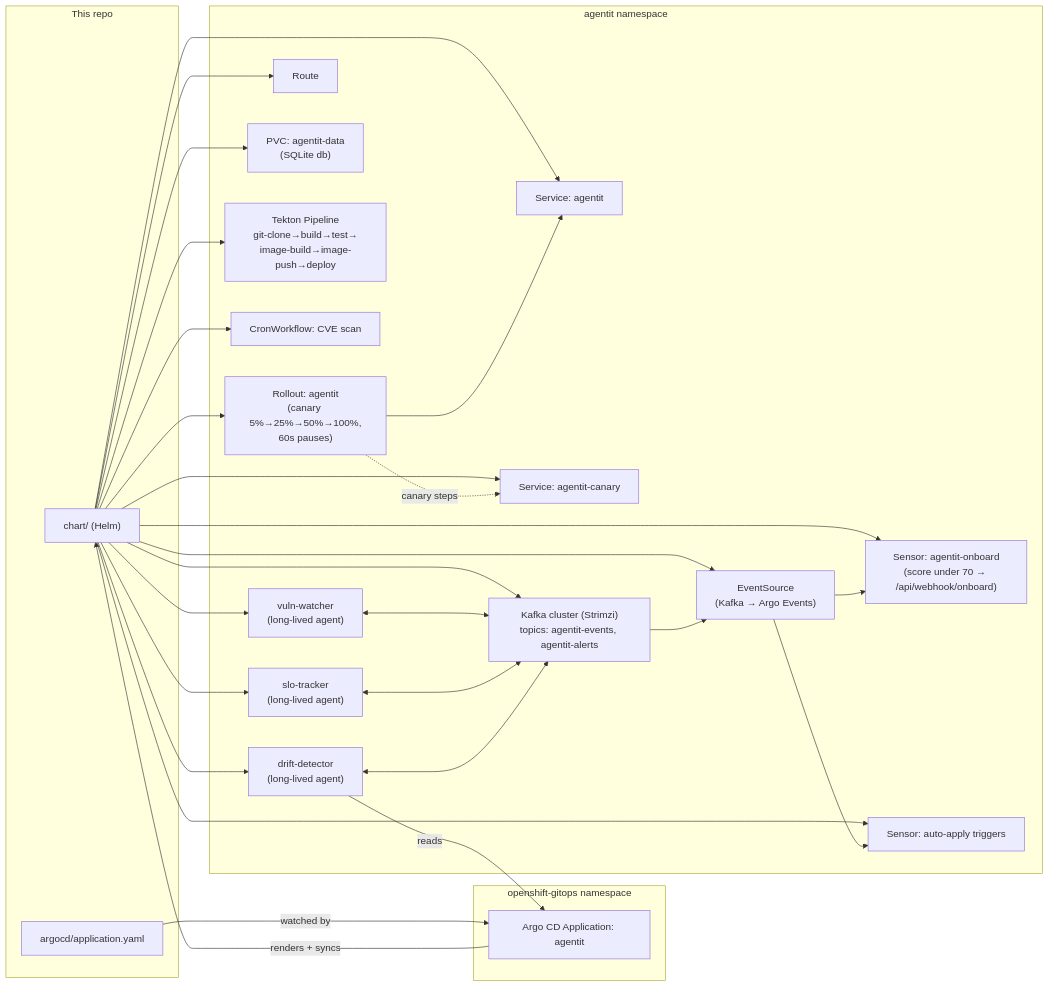
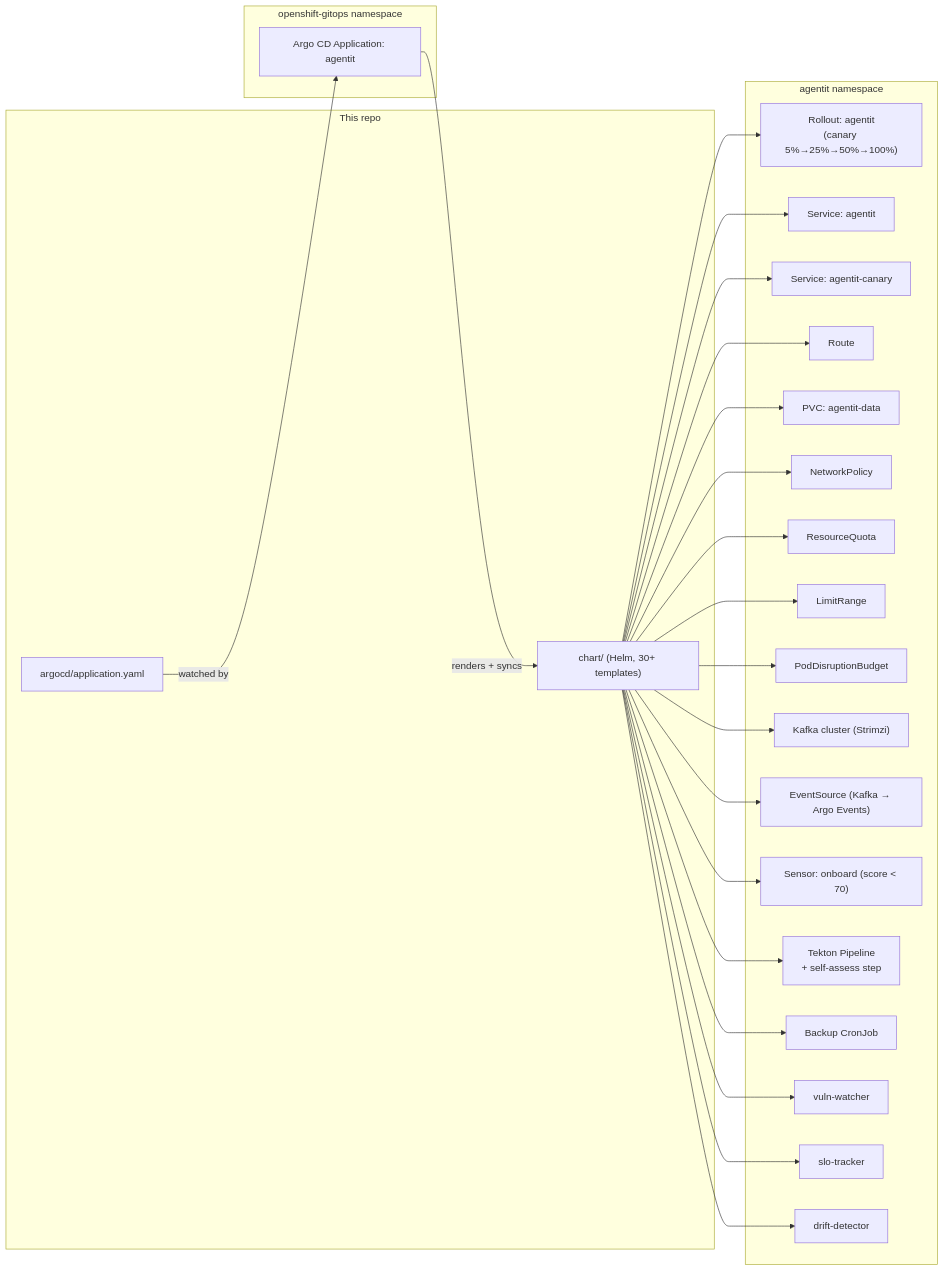
One commit to alimobrem/AgentIT changed the fourth of 4 diagrams in docs/architecture.md. Above: the diagram before and after it, drawn with Mermaid. The commit also changed other lines of this file and 26 other files, not shown here.

````diff
--- a/docs/architecture.md
+++ b/docs/architecture.md
@@ -155,40 +277,39 @@
 ```mermaid
 graph LR
     subgraph Git["This repo"]
-        Chart["chart/ (Helm)"]
+        Chart["chart/ (Helm, 30+ templates)"]
         AppYaml["argocd/application.yaml"]
     end
 
     subgraph GitOps["openshift-gitops namespace"]
         ArgoCD["Argo CD Application: agentit"]
     end
 
     subgraph NS["agentit namespace"]
-        Rollout["Rollout: agentit\n(canary 5%→25%→50%→100%,\n60s pauses)"]
+        Rollout["Rollout: agentit\n(canary 5%→25%→50%→100%)"]
         SvcStable["Service: agentit"]
         SvcCanary["Service: agentit-canary"]
         Route["Route"]
-        PVC["PVC: agentit-data\n(SQLite db)"]
-        KafkaCluster["Kafka cluster (Strimzi)\ntopics: agentit-events, agentit-alerts"]
-        EventSource["EventSource\n(Kafka → Argo Events)"]
-        SensorOnboard["Sensor: agentit-onboard\n(score under 70 → /api/webhook/onboard)"]
-        SensorAutoApply["Sensor: auto-apply triggers"]
-        Pipeline["Tekton Pipeline\ngit-clone→build→test→\nimage-build→image-push→deploy"]
-        CronCVE["CronWorkflow: CVE scan"]
-        VulnWatcher["vuln-watcher\n(long-lived agent)"]
-        SloTracker["slo-tracker\n(long-lived agent)"]
-        DriftDetector["drift-detector\n(long-lived agent)"]
+        PVC["PVC: agentit-data"]
+        NetPol["NetworkPolicy"]
+        Quota["ResourceQuota"]
+        LimitRange["LimitRange"]
+        PDB["PodDisruptionBudget"]
+        KafkaCluster["Kafka cluster (Strimzi)"]
+        EventSource["EventSource (Kafka → Argo Events)"]
+        SensorOnboard["Sensor: onboard (score < 70)"]
+        Pipeline["Tekton Pipeline\n+ self-assess step"]
+        BackupCron["Backup CronJob"]
+        VulnWatcher["vuln-watcher"]
+        SloTracker["slo-tracker"]
+        DriftDetector["drift-detector"]
     end
 
     AppYaml -->|"watched by"| ArgoCD
     ArgoCD -->|"renders + syncs"| Chart
     Chart --> Rollout & SvcStable & SvcCanary & Route & PVC
-    Chart --> KafkaCluster & EventSource & SensorOnboard & SensorAutoApply
-    Chart --> Pipeline & CronCVE
+    Chart --> NetPol & Quota & LimitRange & PDB
+    Chart --> KafkaCluster & EventSource & SensorOnboard
+    Chart --> Pipeline & BackupCron
     Chart --> VulnWatcher & SloTracker & DriftDetector
-    Rollout --> SvcStable
-    Rollout -.canary steps.-> SvcCanary
-    KafkaCluster --> EventSource --> SensorOnboard & SensorAutoApply
-    VulnWatcher & SloTracker & DriftDetector <--> KafkaCluster
-    DriftDetector -->|"reads"| ArgoCD
 ```
````
